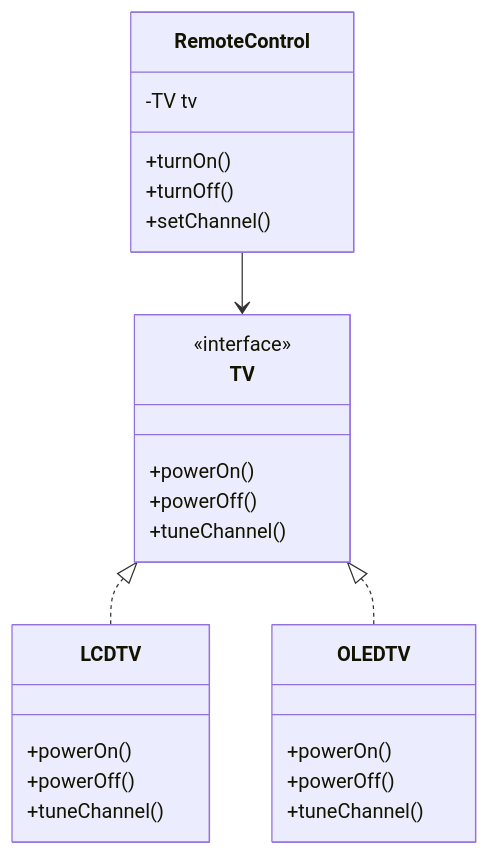
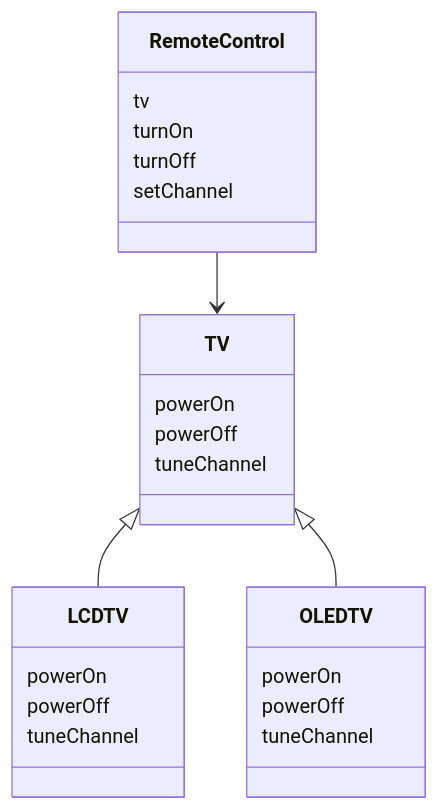
One commit to gojosatoru123-ux/CacheU changed the fifth of 10 diagrams in src/content/lld-bridge-design-pattern.md. Above: the diagram before and after it, drawn with Mermaid. The commit also changed other lines of this file and 21 other files, not shown here.

````diff
--- a/src/content/lld-bridge-design-pattern.md
+++ b/src/content/lld-bridge-design-pattern.md
@@ -345,32 +344,31 @@
 ```mermaid
 classDiagram
-    class RemoteControl {
-        -TV tv
-        +turnOn()
-        +turnOff()
-        +setChannel()
-    }
+class RemoteControl {
+    tv
+    turnOn
+    turnOff
+    setChannel
+}
 
-    class TV {
-        <<interface>>
-        +powerOn()
-        +powerOff()
-        +tuneChannel()
-    }
+class TV {
+    powerOn
+    powerOff
+    tuneChannel
+}
 
-    class LCDTV {
-        +powerOn()
-        +powerOff()
-        +tuneChannel()
-    }
+class LCDTV {
+    powerOn
+    powerOff
+    tuneChannel
+}
 
-    class OLEDTV {
-        +powerOn()
-        +powerOff()
-        +tuneChannel()
-    }
+class OLEDTV {
+    powerOn
+    powerOff
+    tuneChannel
+}
 
-    RemoteControl --> TV
-    TV <|.. LCDTV
-    TV <|.. OLEDTV
+RemoteControl --> TV
+TV <|-- LCDTV
+TV <|-- OLEDTV
 ```
````
